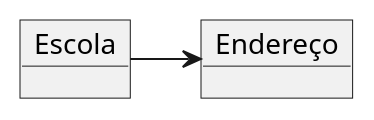
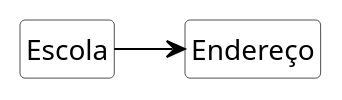
Before and after one commit to kyriosdata/oo: the diagram in imagens/modelos-01/imagem-03/mod01ima03.plantuml, drawn with PlantUML. The commit also changed 2 other files, not shown here.

```diff
--- a/imagens/modelos-01/imagem-03/mod01ima03.plantuml
+++ b/imagens/modelos-01/imagem-03/mod01ima03.plantuml
@@ -1,5 +1,18 @@
 @startuml mod01ima03
-object "Escola" as o1
-object "Endereço" as o2
-o1->o2
+
+hide circle
+hide methods
+hide empty members
+
+skinparam class {
+    BackgroundColor White
+    ArrowColor Black
+    BorderColor #505050
+}
+
+class "Escola" as o1
+class "Endereço" as o2
+
+o1 -> o2
+
 @enduml
```
